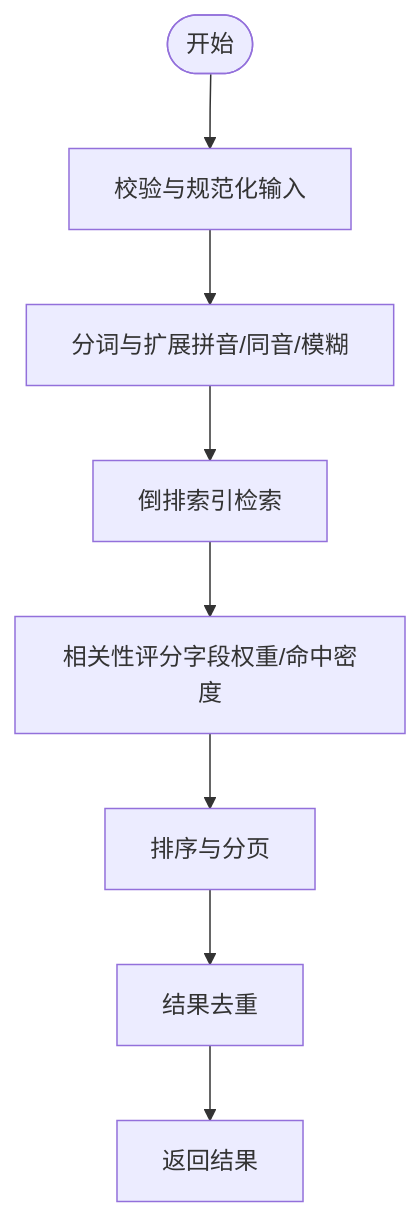
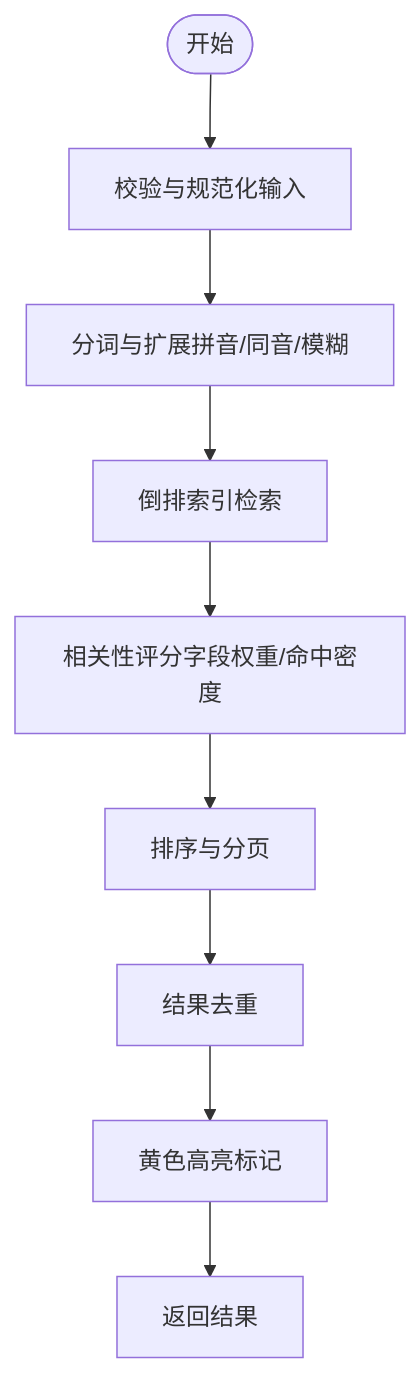
One commit to ZhangGHGitHub/LegadoTeamFlutter changed the third of 4 diagrams in .qoder/repowiki/zh/content/搜索功能/搜索功能.md. Above: the diagram before and after it, drawn with Mermaid. The commit also changed other lines of this file and 269 other files, not shown here.

````diff
--- a/.qoder/repowiki/zh/content/搜索功能/搜索功能.md
+++ b/.qoder/repowiki/zh/content/搜索功能/搜索功能.md
@@ -185,10 +220,11 @@
 ```mermaid
 flowchart TD
 Start(["开始"]) --> Validate["校验与规范化输入"]
 Validate --> Tokenize["分词与扩展拼音/同音/模糊"]
 Tokenize --> InvertIndex["倒排索引检索"]
 InvertIndex --> Score["相关性评分字段权重/命中密度"]
 Score --> Sort["排序与分页"]
 Sort --> Dedup["结果去重"]
-Dedup --> Return["返回结果"]
+Dedup --> Highlight["黄色高亮标记"]
+Highlight --> Return["返回结果"]
 ```
````
